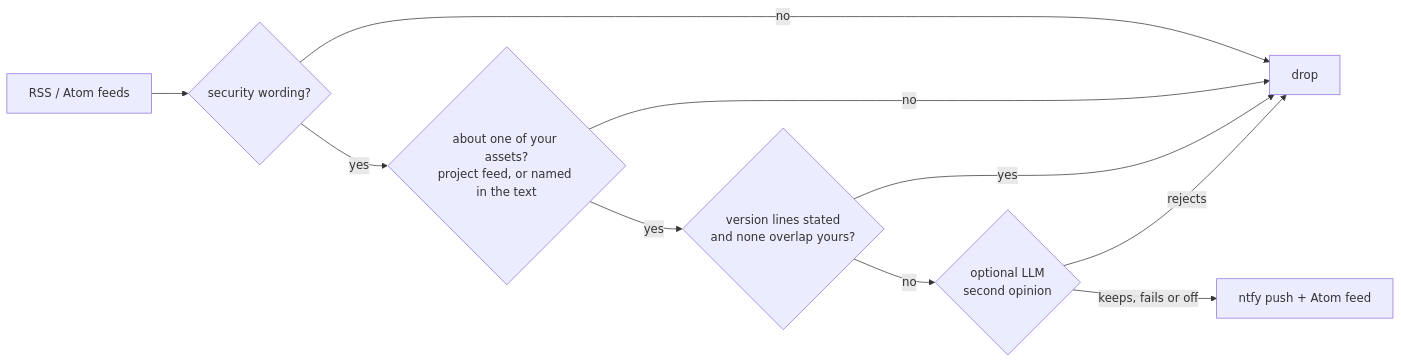
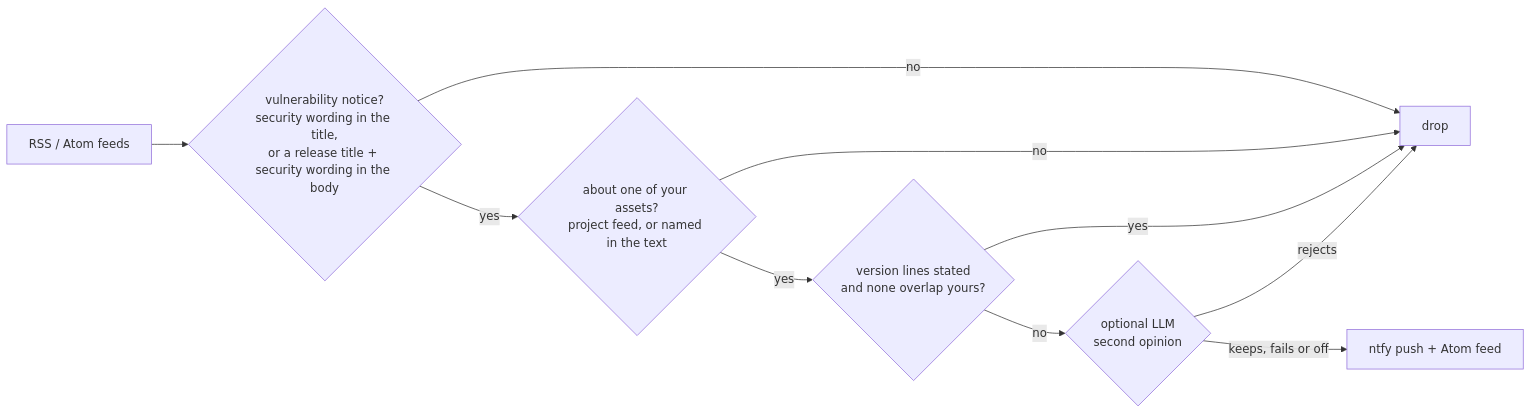
One commit to TakashiAihara/mushirase changed the diagram in README.md. Above: the diagram before and after it, drawn with Mermaid. The commit also changed other lines of this file and 9 other files, not shown here.

````diff
--- a/README.md
+++ b/README.md
@@ -11,12 +11,12 @@
 ```mermaid
 flowchart LR
-  F[RSS / Atom feeds] --> M{security wording?}
+  F[RSS / Atom feeds] --> M{vulnerability notice?<br/>security wording in the title,<br/>or a release title + security wording in the body}
   M -- no --> D[drop]
   M -- yes --> A{about one of your assets?<br/>project feed, or named in the text}
   A -- no --> D
   A -- yes --> V{version lines stated<br/>and none overlap yours?}
   V -- yes --> D
   V -- no --> L{optional LLM<br/>second opinion}
   L -- rejects --> D
   L -- keeps, fails or off --> N[ntfy push + Atom feed]
 ```
````
